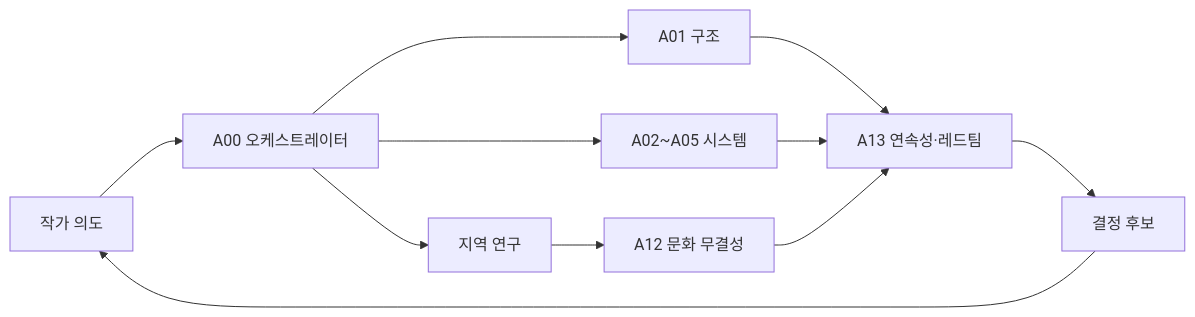
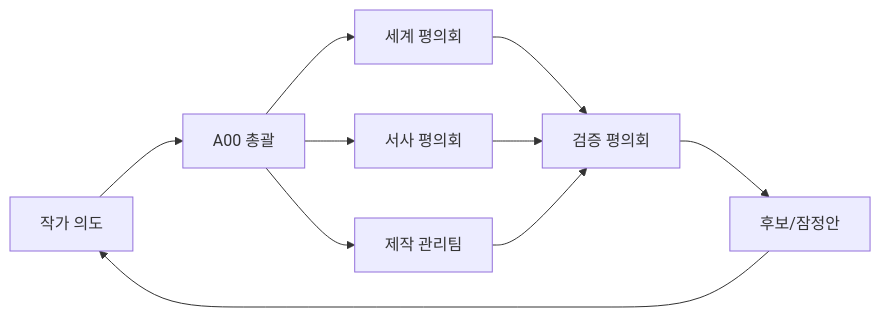
One commit to storm-credit/yeonmaek-universe changed the diagram in AGENTS.md. Above: the diagram before and after it, drawn with Mermaid. The commit also changed other lines of this file and 20 other files, not shown here.

````diff
--- a/AGENTS.md
+++ b/AGENTS.md
@@ -30,13 +62,12 @@
 ```mermaid
 flowchart LR
-  U[작가 의도] --> O[A00 오케스트레이터]
-  O --> W[A01 구조]
-  O --> R[지역 연구]
-  O --> S[A02~A05 시스템]
-  R --> C[A12 문화 무결성]
-  W --> X[A13 연속성·레드팀]
-  S --> X
-  C --> X
-  X --> D[결정 후보]
-  D --> U
+  U[작가 의도] --> O[A00 총괄]
+  O --> W[세계 평의회]
+  O --> N[서사 평의회]
+  O --> P[제작 관리팀]
+  W --> V[검증 평의회]
+  N --> V
+  P --> V
+  V --> C[후보/잠정안]
+  C --> U
 ```
````
